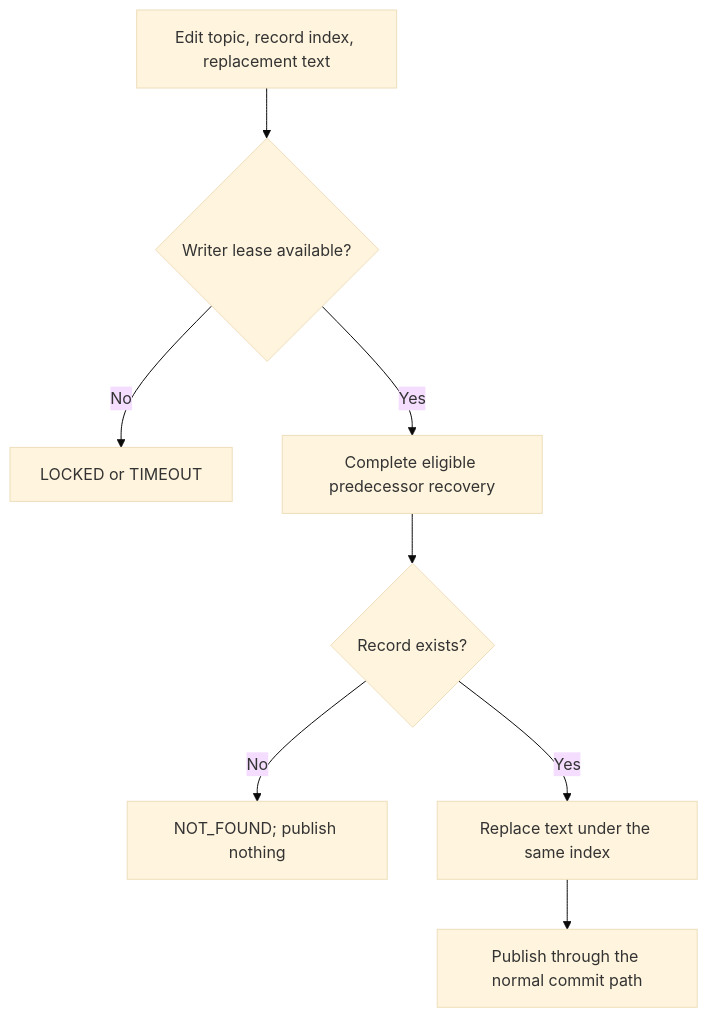
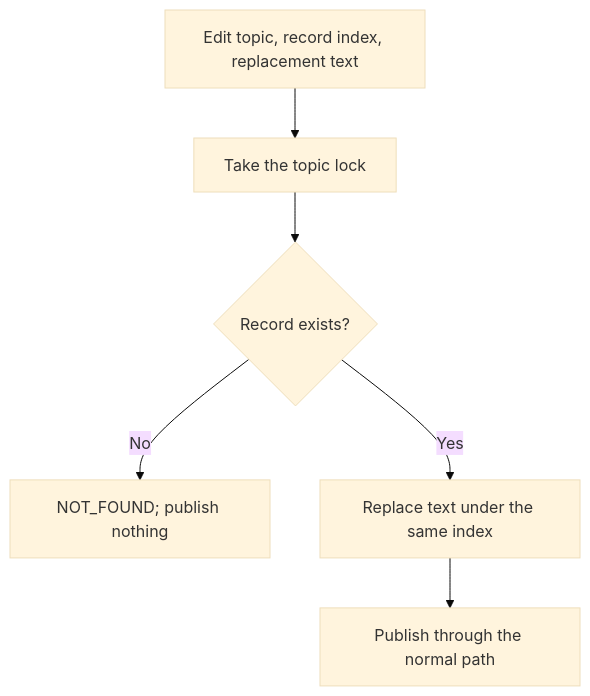
Before and after one commit to danlavee/Conductor: the fourth of 5 diagrams in docs/activity-diagrams.md, drawn with Mermaid (base theme). The commit also changed other lines of this file and 48 other files, not shown here.

First line of the commit message:
refactor!: publish under one topic file lock; drop redact and strike

````diff
--- a/docs/activity-diagrams.md
+++ b/docs/activity-diagrams.md
@@ -81,10 +79,8 @@
 ```mermaid
 flowchart TD
-    E["Edit topic, record index, replacement text"] --> L{"Writer lease available?"}
-    L -- "No" --> B["LOCKED or TIMEOUT"]
-    L -- "Yes" --> R["Complete eligible predecessor recovery"]
-    R --> V{"Record exists?"}
+    E["Edit topic, record index, replacement text"] --> L["Take the topic lock"]
+    L --> V{"Record exists?"}
     V -- "No" --> N["NOT_FOUND; publish nothing"]
     V -- "Yes" --> A["Replace text under the same index"]
-    A --> P["Publish through the normal commit path"]
+    A --> P["Publish through the normal path"]
 ```
````
